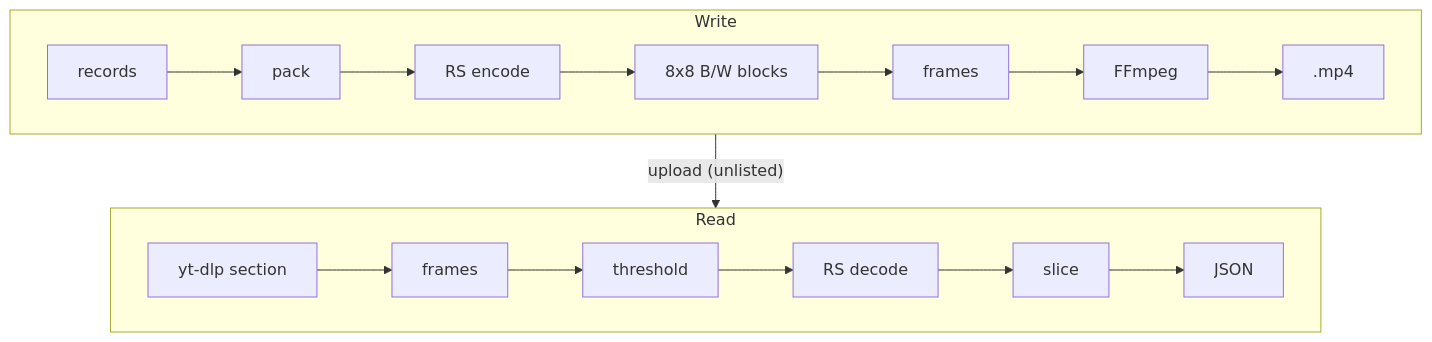
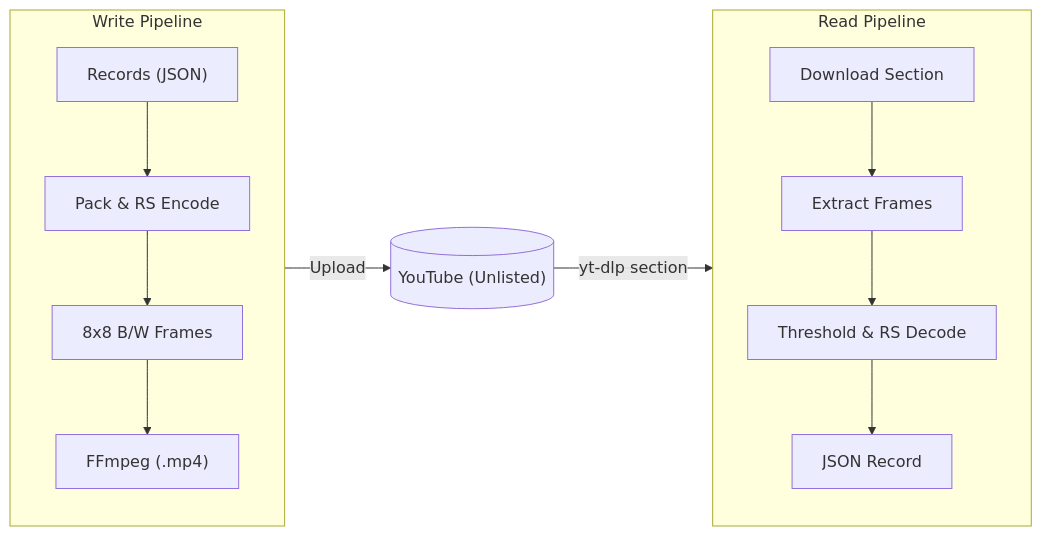
The diagram in README.md (toxicbishop/youtube-as-a-database), drawn with Mermaid before and after one commit.

Commit message:
Simplify Mermaid diagram layout for readability

````diff
--- a/README.md
+++ b/README.md
@@ -26,14 +26,19 @@
 ```mermaid
-flowchart TD
-    subgraph Write
-        direction LR
-        records["records"] --> pack["pack"] --> rs_encode["RS encode"] --> blocks["8x8 B/W blocks"] --> frames_write["frames"] --> ffmpeg["FFmpeg"] --> mp4[".mp4"]
+flowchart LR
+    subgraph Write ["Write Pipeline"]
+        direction TB
+        w1["Records (JSON)"] --> w2["Pack & RS Encode"]
+        w2 --> w3["8x8 B/W Frames"]
+        w3 --> w4["FFmpeg (.mp4)"]
     end
 
-    mp4 -->|"upload (unlisted)"| ytdlp
+    w4 -->|"Upload"| YT[("YouTube (Unlisted)")]
+    YT -->|"yt-dlp section"| r1
 
-    subgraph Read
-        direction LR
-        ytdlp["yt-dlp section"] --> frames_read["frames"] --> threshold["threshold"] --> rs_decode["RS decode"] --> slice["slice"] --> json["JSON"]
+    subgraph Read ["Read Pipeline"]
+        direction TB
+        r1["Download Section"] --> r2["Extract Frames"]
+        r2 --> r3["Threshold & RS Decode"]
+        r3 --> r4["JSON Record"]
     end
 ```
````
